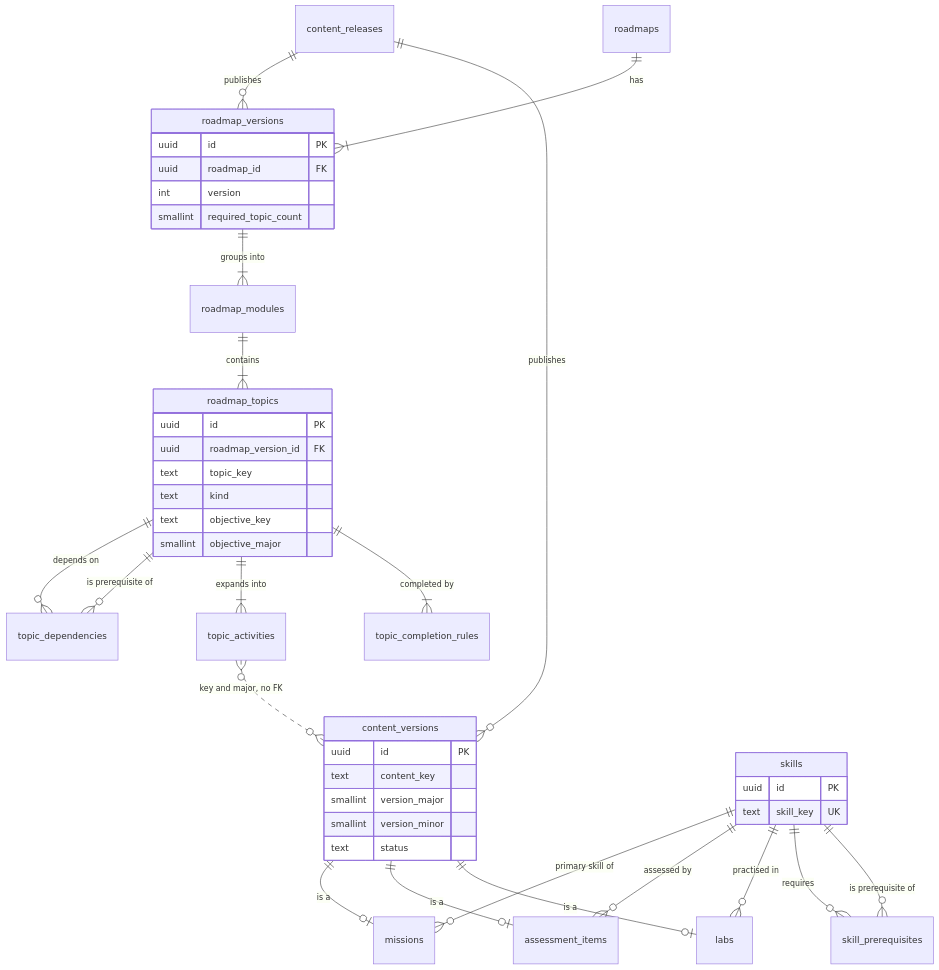
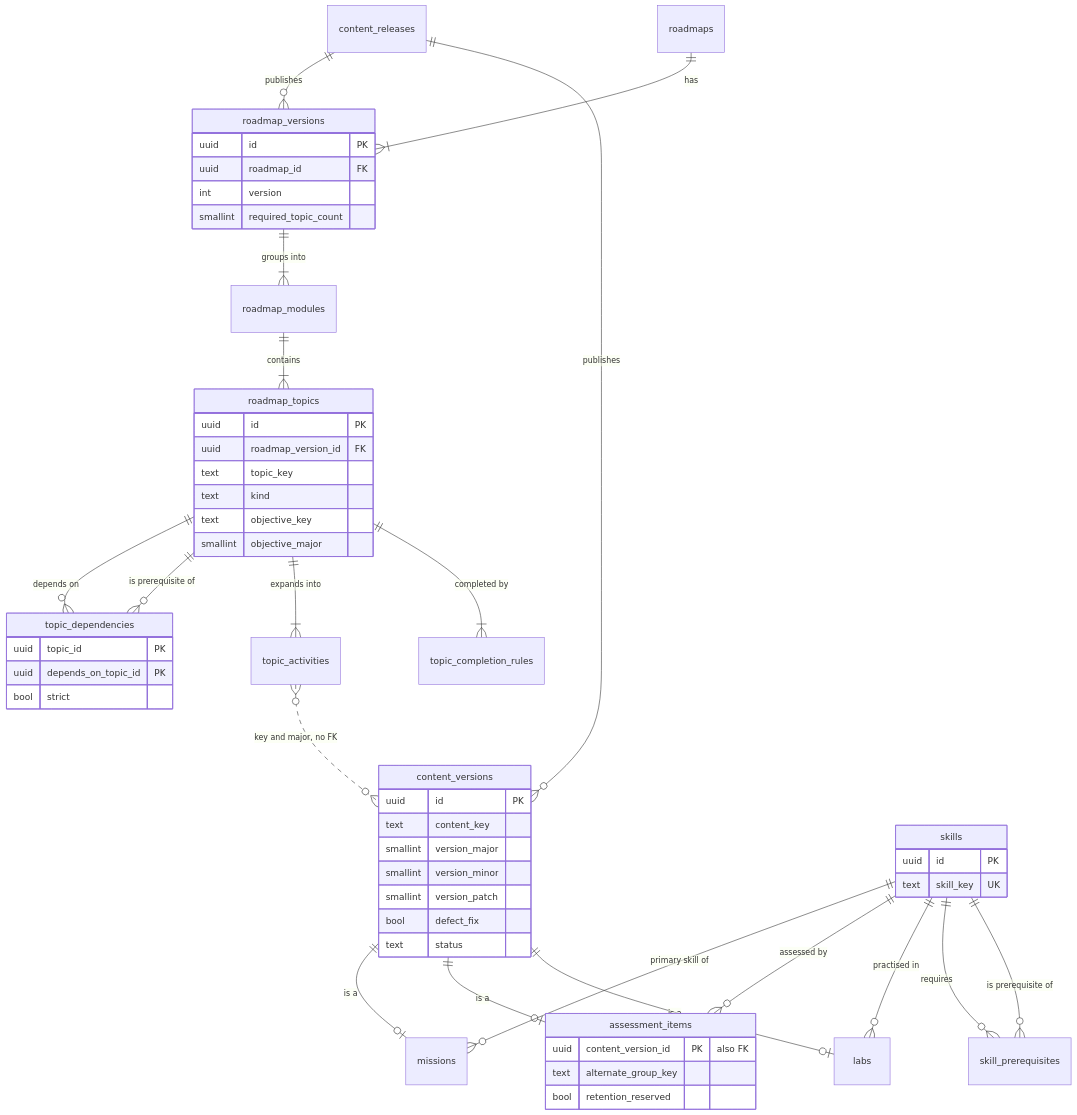
Before and after one commit to GhanshyamSoni68/app_idea: the third of 7 diagrams in devstep/docs/04-data-model.md, drawn with Mermaid. The commit also changed other lines of this file and 8 other files, not shown here.

````diff
--- a/devstep/docs/04-data-model.md
+++ b/devstep/docs/04-data-model.md
@@ -172,46 +172,58 @@
 ```mermaid
 erDiagram
     content_releases ||--o{ roadmap_versions : "publishes"
     content_releases ||--o{ content_versions : "publishes"
     roadmaps ||--|{ roadmap_versions : "has"
     roadmap_versions ||--|{ roadmap_modules : "groups into"
     roadmap_modules ||--|{ roadmap_topics : "contains"
     roadmap_topics ||--o{ topic_dependencies : "depends on"
     roadmap_topics ||--o{ topic_dependencies : "is prerequisite of"
     roadmap_topics ||--|{ topic_activities : "expands into"
     roadmap_topics ||--|{ topic_completion_rules : "completed by"
     topic_activities }o..o{ content_versions : "key and major, no FK"
     content_versions ||--o| missions : "is a"
     content_versions ||--o| assessment_items : "is a"
     content_versions ||--o| labs : "is a"
     skills ||--o{ missions : "primary skill of"
     skills ||--o{ assessment_items : "assessed by"
     skills ||--o{ labs : "practised in"
     skills ||--o{ skill_prerequisites : "requires"
     skills ||--o{ skill_prerequisites : "is prerequisite of"
     roadmap_versions {
         uuid id PK
         uuid roadmap_id FK
         int version
         smallint required_topic_count
     }
     roadmap_topics {
         uuid id PK
         uuid roadmap_version_id FK
         text topic_key
         text kind
         text objective_key
         smallint objective_major
     }
+    topic_dependencies {
+        uuid topic_id PK
+        uuid depends_on_topic_id PK
+        bool strict
+    }
     content_versions {
         uuid id PK
         text content_key
         smallint version_major
         smallint version_minor
+        smallint version_patch
+        bool defect_fix
         text status
+    }
+    assessment_items {
+        uuid content_version_id PK "also FK"
+        text alternate_group_key
+        bool retention_reserved
     }
     skills {
         uuid id PK
         text skill_key UK
     }
 ```
````
